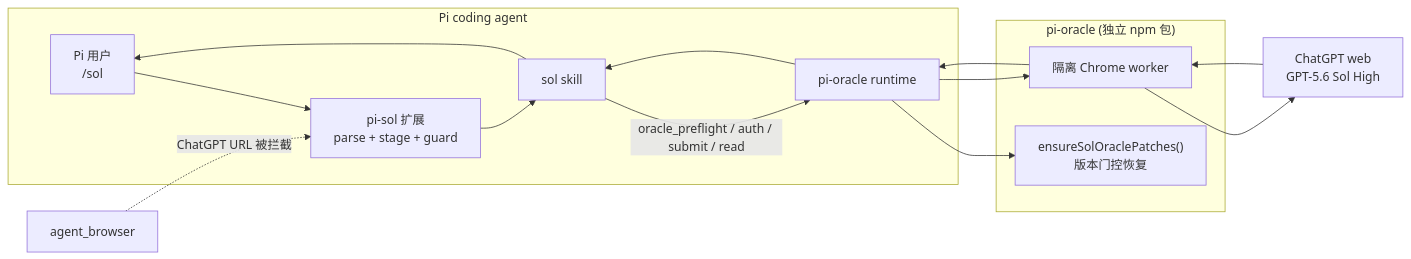
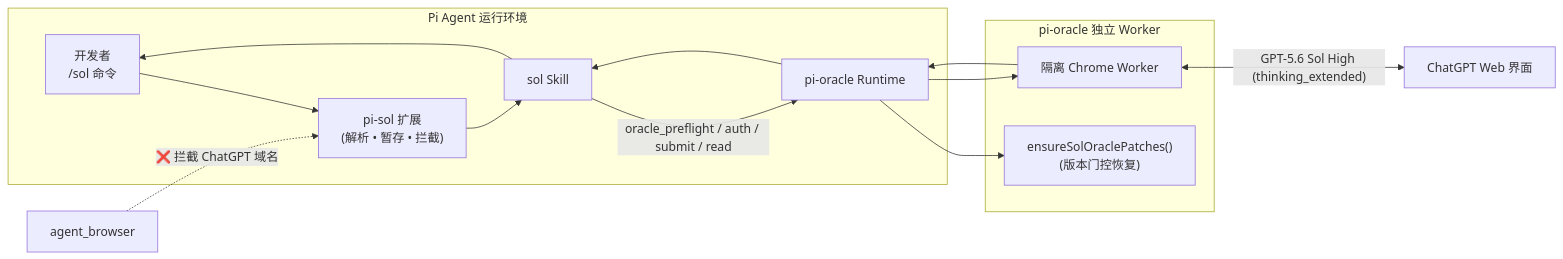
The first of 2 diagrams in README.zh-CN.md (xiangbianpangde/pi-sol), drawn with Mermaid before and after one commit. The commit also changed other lines of this file and 3 other files, not shown here.

````diff
--- a/README.zh-CN.md
+++ b/README.zh-CN.md
@@ -199,18 +180,15 @@
 ```mermaid
 flowchart LR
-    subgraph Pi["Pi coding agent"]
-        U["Pi 用户<br/>/sol"] --> E["pi-sol 扩展<br/>parse + stage + guard"]
-        E --> SK["sol skill"]
-        SK -->|"oracle_preflight / auth / submit / read"| RT["pi-oracle runtime"]
+    subgraph Pi["Pi Agent 运行环境"]
+        U["开发者<br/>/sol 命令"] --> E["pi-sol 扩展<br/>(解析 • 暂存 • 拦截)"]
+        E --> SK["sol Skill"]
+        SK -->|"oracle_preflight / auth / submit / read"| RT["pi-oracle Runtime"]
     end
-    subgraph Oracle["pi-oracle (独立 npm 包)"]
-        RT --> PCH["ensureSolOraclePatches()<br/>版本门控恢复"]
-        RT --> W["隔离 Chrome worker"]
+    subgraph Oracle["pi-oracle 独立 Worker"]
+        RT --> PCH["ensureSolOraclePatches()<br/>(版本门控恢复)"]
+        RT --> W["隔离 Chrome Worker"]
     end
-    W --> C["ChatGPT web<br/>GPT-5.6 Sol High"]
-    C --> W
-    W --> RT
-    RT --> SK
-    SK --> U
-    B["agent_browser"] -. "ChatGPT URL 被拦截" .-> E
+    W <-->|"GPT-5.6 Sol High (thinking_extended)"| C["ChatGPT Web 界面"]
+    W --> RT --> SK --> U
+    B["agent_browser"] -. "❌ 拦截 ChatGPT 域名" .-> E
 ```
````
